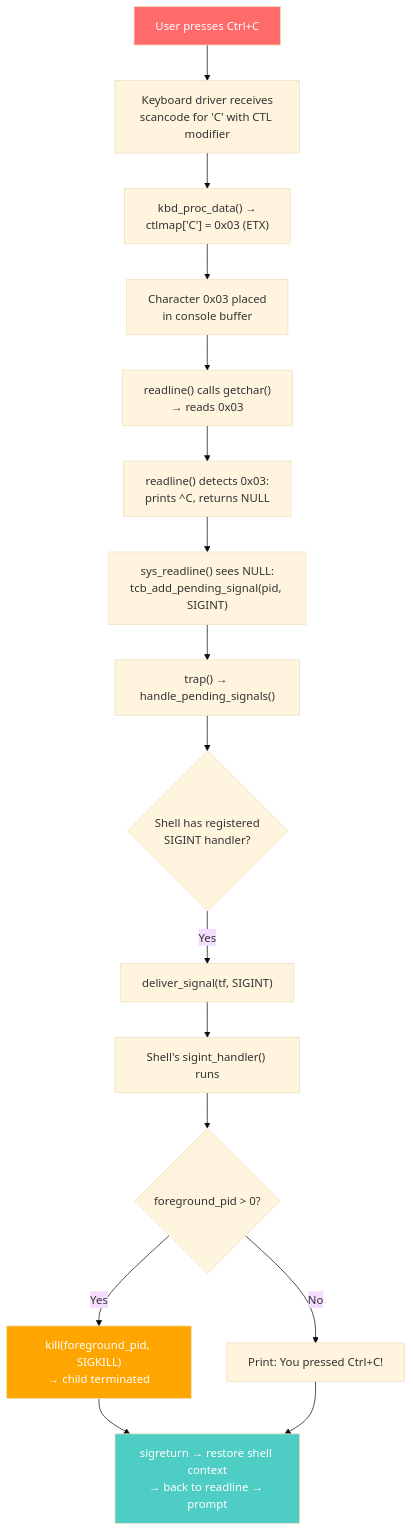
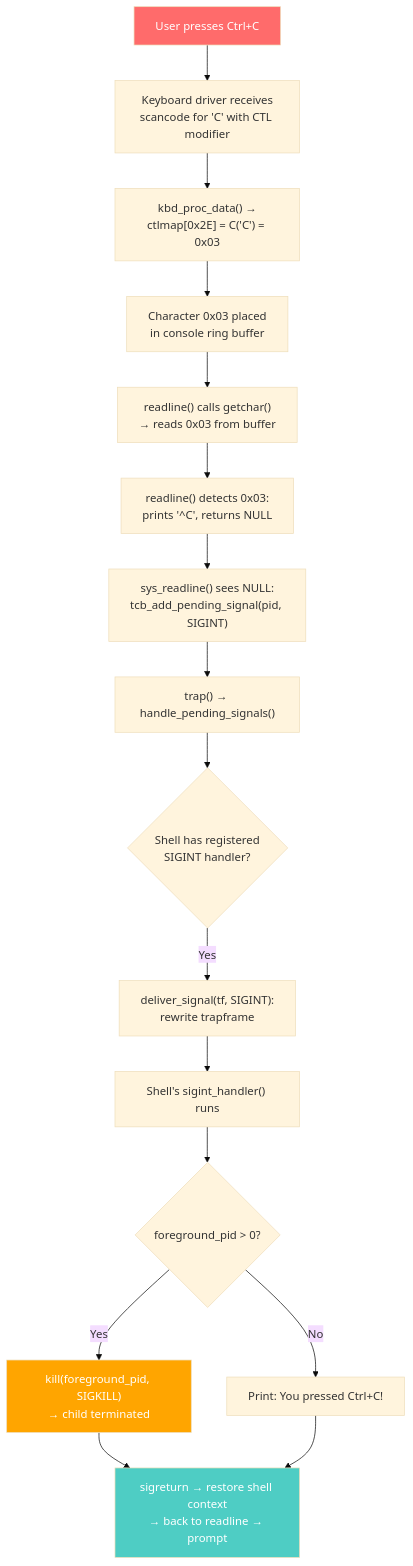
Before and after one commit to SillyCatto/OS_Project-Signal: the first of 2 diagrams in docs/sigsegv-sigint/test_sigint.md, drawn with Mermaid (base theme). The commit also changed other lines of this file and 2 other files, not shown here.

````diff
--- a/docs/sigsegv-sigint/test_sigint.md
+++ b/docs/sigsegv-sigint/test_sigint.md
@@ -60,22 +334,22 @@
 ```mermaid
 flowchart TD
     A["User presses Ctrl+C"] --> B["Keyboard driver receives<br/>scancode for 'C' with CTL modifier"]
-    B --> C["kbd_proc_data() →<br/>ctlmap['C'] = 0x03 (ETX)"]
-    C --> D["Character 0x03 placed<br/>in console buffer"]
-    D --> E["readline() calls getchar()<br/>→ reads 0x03"]
-    E --> F["readline() detects 0x03:<br/>prints ^C, returns NULL"]
+    B --> C["kbd_proc_data() →<br/>ctlmap[0x2E] = C('C') = 0x03"]
+    C --> D["Character 0x03 placed<br/>in console ring buffer"]
+    D --> E["readline() calls getchar()<br/>→ reads 0x03 from buffer"]
+    E --> F["readline() detects 0x03:<br/>prints '^C', returns NULL"]
     F --> G["sys_readline() sees NULL:<br/>tcb_add_pending_signal(pid, SIGINT)"]
     G --> H["trap() → handle_pending_signals()"]
     H --> I{"Shell has registered<br/>SIGINT handler?"}
-    I -- Yes --> J["deliver_signal(tf, SIGINT)"]
+    I -- Yes --> J["deliver_signal(tf, SIGINT):<br/>rewrite trapframe"]
     J --> K["Shell's sigint_handler() runs"]
     K --> L{"foreground_pid > 0?"}
     L -- Yes --> M["kill(foreground_pid, SIGKILL)<br/>→ child terminated"]
     L -- No --> N["Print: You pressed Ctrl+C!"]
     M --> O["sigreturn → restore shell context<br/>→ back to readline → prompt"]
     N --> O
 
     style A fill:#ff6b6b,color:#fff
     style M fill:#ffa500,color:#fff
     style O fill:#4ecdc4,color:#fff
 ```
````
